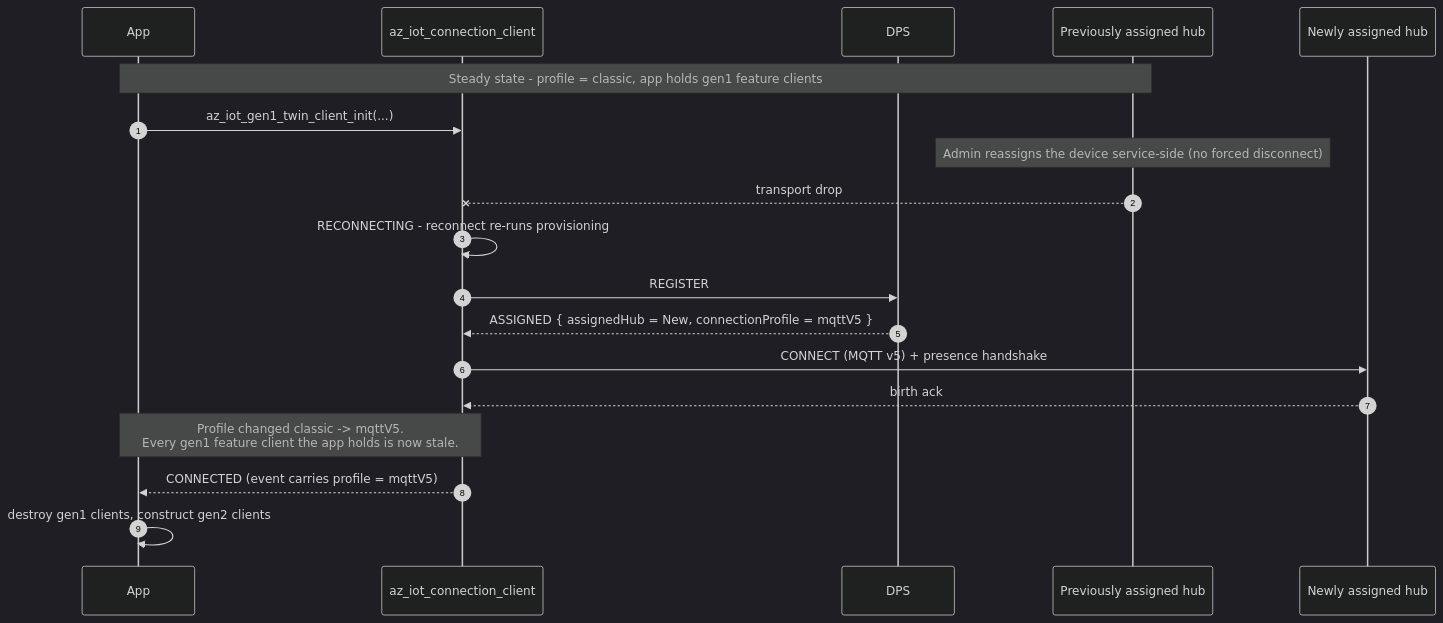
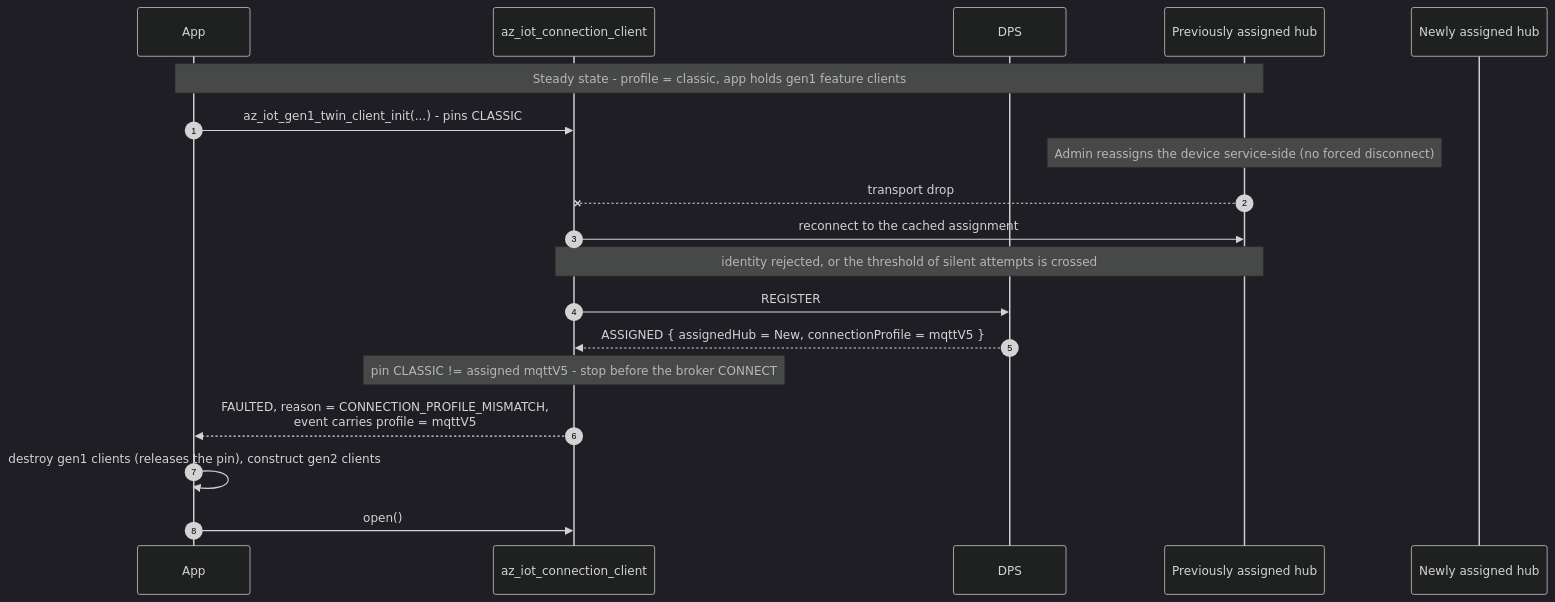
The second of 2 diagrams in c/docs/eng/client-separation.md (Azure/azure-iot-sdk), drawn with Mermaid (dark theme) before and after one commit. The commit also changed other lines of this file, not shown here.

````diff
--- a/c/docs/eng/client-separation.md
+++ b/c/docs/eng/client-separation.md
@@ -541,24 +574,23 @@
 ```mermaid
 sequenceDiagram
     autonumber
     participant App
     participant Conn as az_iot_connection_client
     participant DPS
     participant Old as Previously assigned hub
     participant New as Newly assigned hub
 
     Note over App,Old: Steady state - profile = classic, app holds gen1 feature clients
-    App->>Conn: az_iot_gen1_twin_client_init(...)
+    App->>Conn: az_iot_gen1_twin_client_init(...) - pins CLASSIC
 
     Note over Old: Admin reassigns the device service-side (no forced disconnect)
     Old--xConn: transport drop
-    Conn->>Conn: RECONNECTING - reconnect re-runs provisioning
+    Conn->>Old: reconnect to the cached assignment
+    Note over Conn,Old: identity rejected, or the threshold of silent attempts is crossed
     Conn->>DPS: REGISTER
     DPS-->>Conn: ASSIGNED { assignedHub = New, connectionProfile = mqttV5 }
-    Conn->>New: CONNECT (MQTT v5) + presence handshake
-    New-->>Conn: birth ack
-
-    Note over App,Conn: Profile changed classic -> mqttV5.<br/>Every gen1 feature client the app holds is now stale.
-    Conn-->>App: CONNECTED (event carries profile = mqttV5)
-    App->>App: destroy gen1 clients, construct gen2 clients
+    Note over Conn: pin CLASSIC != assigned mqttV5 - stop before the broker CONNECT
+    Conn-->>App: FAULTED, reason = CONNECTION_PROFILE_MISMATCH,<br/>event carries profile = mqttV5
+    App->>App: destroy gen1 clients (releases the pin), construct gen2 clients
+    App->>Conn: open()
 ```
````
